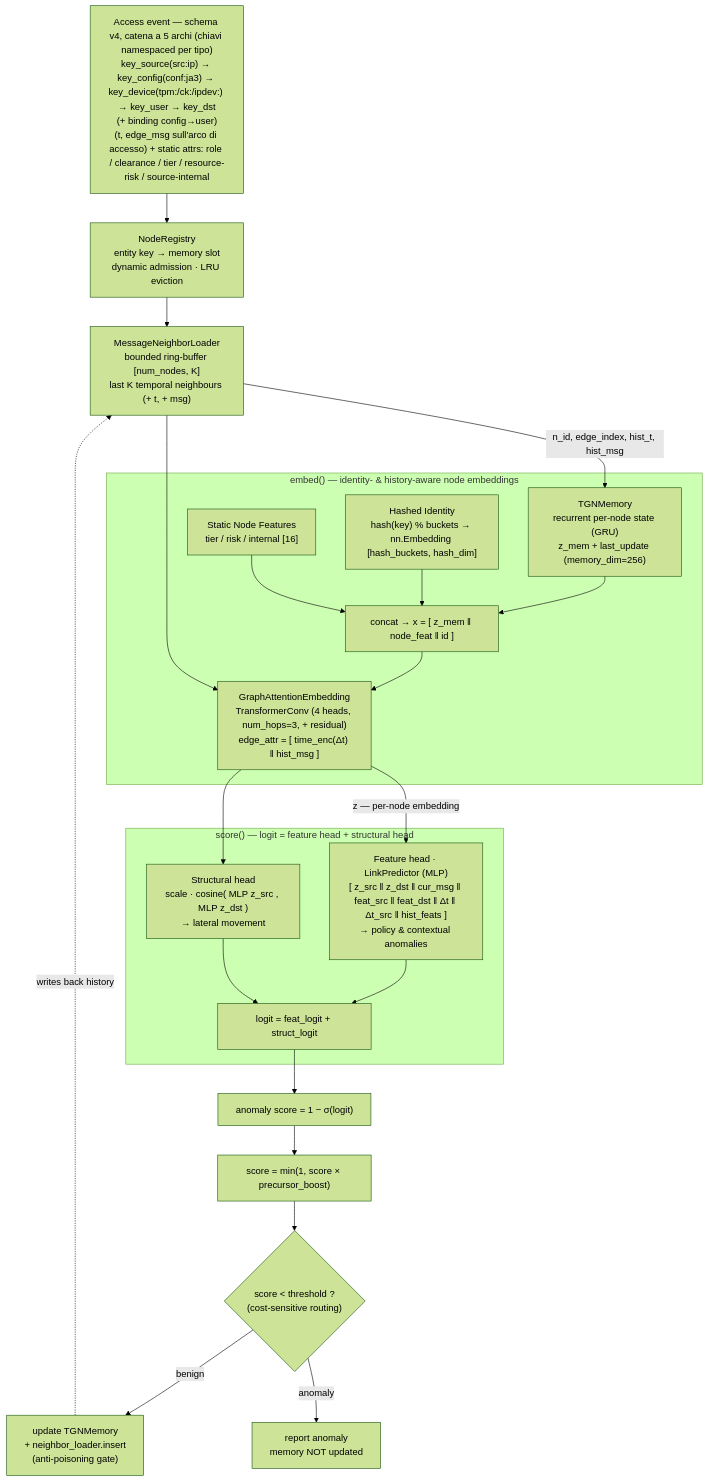
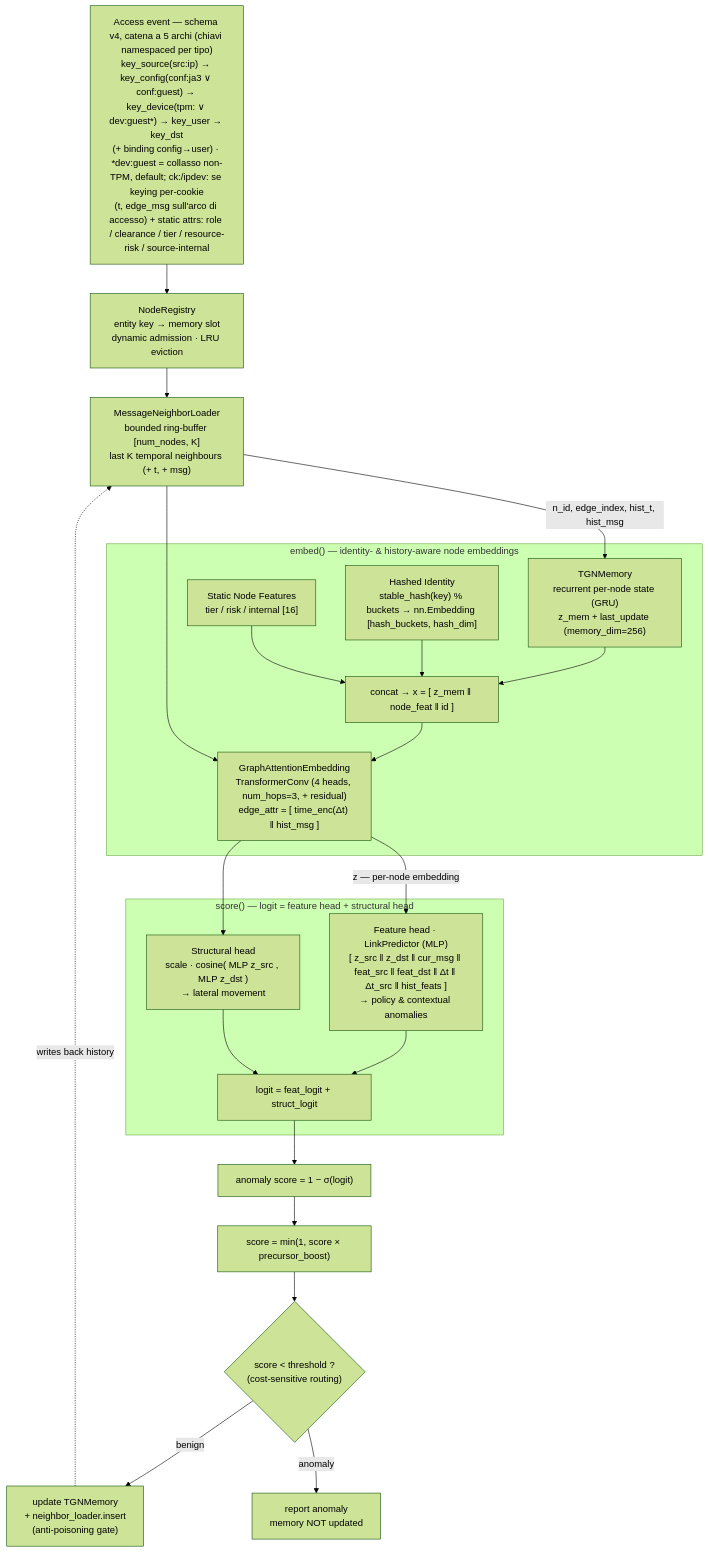
The diagram in README.md (DDoS-Fury/Papergate), drawn with Mermaid (forest theme) before and after one commit. The commit also changed other lines of this file and 4 other files, not shown here.

````diff
--- a/README.md
+++ b/README.md
@@ -55,38 +55,38 @@
 ```mermaid
 flowchart TD
-    EV["Access event — schema v4, catena a 5 archi (chiavi namespaced per tipo)<br/>key_source(src:ip) → key_config(conf:ja3) → key_device(tpm:/ck:/ipdev:) → key_user → key_dst<br/>(+ binding config→user)<br/>(t, edge_msg sull'arco di accesso) + static attrs: role / clearance / tier / resource-risk / source-internal"]
+    EV["Access event — schema v4, catena a 5 archi (chiavi namespaced per tipo)<br/>key_source(src:ip) → key_config(conf:ja3 ∨ conf:guest) → key_device(tpm: ∨ dev:guest*) → key_user → key_dst<br/>(+ binding config→user) · *dev:guest = collasso non-TPM, default; ck:/ipdev: se keying per-cookie<br/>(t, edge_msg sull'arco di accesso) + static attrs: role / clearance / tier / resource-risk / source-internal"]
     REG["NodeRegistry<br/>entity key → memory slot<br/>dynamic admission · LRU eviction"]
     NL["MessageNeighborLoader<br/>bounded ring-buffer [num_nodes, K]<br/>last K temporal neighbours (+ t, + msg)"]
     EV --> REG --> NL
 
     subgraph EMB["embed() — identity- & history-aware node embeddings"]
         MEM["TGNMemory<br/>recurrent per-node state (GRU)<br/>z_mem + last_update (memory_dim=256)"]
-        ID["Hashed Identity<br/>hash(key) % buckets → nn.Embedding [hash_buckets, hash_dim]"]
+        ID["Hashed Identity<br/>stable_hash(key) % buckets → nn.Embedding [hash_buckets, hash_dim]"]
         STAT["Static Node Features<br/>tier / risk / internal [16]"]
         CAT["concat → x = [ z_mem ‖ node_feat ‖ id ]"]
         GNN["GraphAttentionEmbedding<br/>TransformerConv (4 heads, num_hops=3, + residual)<br/>edge_attr = [ time_enc(Δt) ‖ hist_msg ]"]
         MEM --> CAT
         ID --> CAT
         STAT --> CAT
         CAT --> GNN
     end
     NL -->|"n_id, edge_index, hist_t, hist_msg"| MEM
     NL --> GNN
 
     subgraph SCOREG["score() — logit = feature head + structural head"]
         FEAT["Feature head · LinkPredictor (MLP)<br/>[ z_src ‖ z_dst ‖ cur_msg ‖ feat_src ‖ feat_dst ‖ Δt ‖ Δt_src ‖ hist_feats ]<br/>→ policy & contextual anomalies"]
         STR["Structural head<br/>scale · cosine( MLP z_src , MLP z_dst )<br/>→ lateral movement"]
         SUM["logit = feat_logit + struct_logit"]
         FEAT --> SUM
         STR --> SUM
     end
 
     GNN -->|"z — per-node embedding"| FEAT
     GNN --> STR
     SUM --> SCO["anomaly score = 1 − σ(logit)"]
     SCO --> PREC["score = min(1, score × precursor_boost)"]
     PREC --> GATE{"score < threshold ?<br/>(cost-sensitive routing)"}
     GATE -->|benign| UPD["update TGNMemory<br/>+ neighbor_loader.insert<br/>(anti-poisoning gate)"]
     GATE -->|anomaly| REP["report anomaly<br/>memory NOT updated"]
     UPD -.->|writes back history| NL
 ```
````
